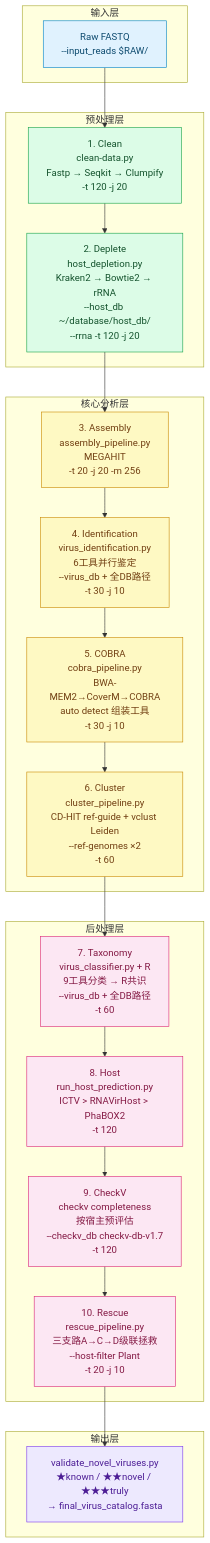
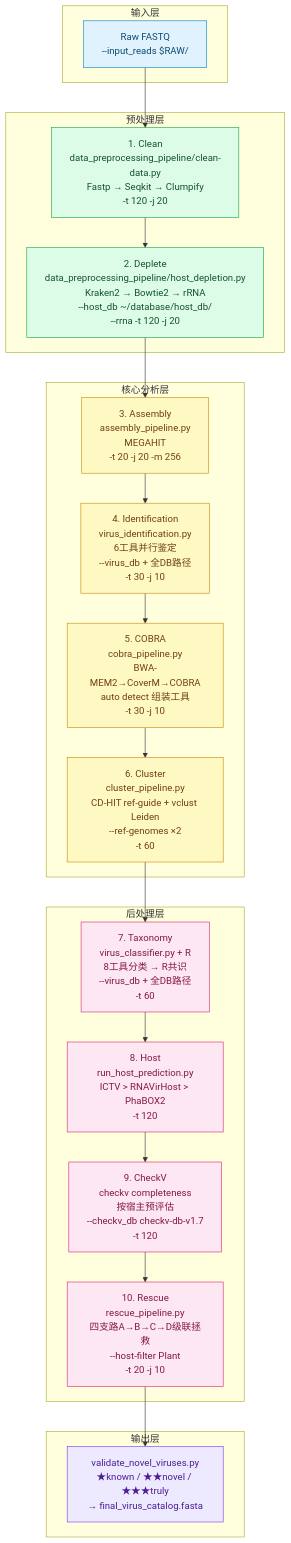
One commit to zhangwenda0518/MMPV-RNA changed the first of 14 diagrams in doc/14-pipeline-diagrams.md. Above: the diagram before and after it, drawn with Mermaid. The commit also changed other lines of this file and 1041 other files, not shown here.

````diff
--- a/doc/14-pipeline-diagrams.md
+++ b/doc/14-pipeline-diagrams.md
@@ -9,47 +9,47 @@
 ```mermaid
 flowchart TB
     accTitle: MMPV-RNA virome_pipeline.py 10阶段全架构
     accDescr: 从 Raw FASTQ 到 HQ vOTU 的 10 阶段端到端流水线架构, 包含数据清洗/去宿主/组装/鉴定/COBRA延伸/聚类/分类/宿主预测/CheckV/拯救
 
     subgraph Input["输入层"]
         RAW["Raw FASTQ<br/>--input_reads $RAW/"]
     end
 
     subgraph Preprocess["预处理层"]
-        CL["1. Clean<br/>clean-data.py<br/>Fastp → Seqkit → Clumpify<br/>-t 120 -j 20"]
-        DP["2. Deplete<br/>host_depletion.py<br/>Kraken2 → Bowtie2 → rRNA<br/>--host_db ~/database/host_db/<br/>--rrna -t 120 -j 20"]
+        CL["1. Clean<br/>data_preprocessing_pipeline/clean-data.py<br/>Fastp → Seqkit → Clumpify<br/>-t 120 -j 20"]
+        DP["2. Deplete<br/>data_preprocessing_pipeline/host_depletion.py<br/>Kraken2 → Bowtie2 → rRNA<br/>--host_db ~/database/host_db/<br/>--rrna -t 120 -j 20"]
     end
 
     subgraph Core["核心分析层"]
         AS["3. Assembly<br/>assembly_pipeline.py<br/>MEGAHIT<br/>-t 20 -j 20 -m 256"]
         ID["4. Identification<br/>virus_identification.py<br/>6工具并行鉴定<br/>--virus_db + 全DB路径<br/>-t 30 -j 10"]
         CO["5. COBRA<br/>cobra_pipeline.py<br/>BWA-MEM2→CoverM→COBRA<br/>auto detect 组装工具<br/>-t 30 -j 10"]
         CLU["6. Cluster<br/>cluster_pipeline.py<br/>CD-HIT ref-guide + vclust Leiden<br/>--ref-genomes ×2<br/>-t 60"]
     end
 
     subgraph Postprocess["后处理层"]
-        TX["7. Taxonomy<br/>virus_classifier.py + R<br/>9工具分类 → R共识<br/>--virus_db + 全DB路径<br/>-t 60"]
+        TX["7. Taxonomy<br/>virus_classifier.py + R<br/>8工具分类 → R共识<br/>--virus_db + 全DB路径<br/>-t 60"]
         HO["8. Host<br/>run_host_prediction.py<br/>ICTV > RNAVirHost > PhaBOX2<br/>-t 120"]
         CV["9. CheckV<br/>checkv completeness<br/>按宿主预评估<br/>--checkv_db checkv-db-v1.7<br/>-t 120"]
-        RE["10. Rescue<br/>rescue_pipeline.py<br/>三支路A→C→D级联拯救<br/>--host-filter Plant<br/>-t 20 -j 10"]
+        RE["10. Rescue<br/>rescue_pipeline.py<br/>四支路A→B→C→D级联拯救<br/>--host-filter Plant<br/>-t 20 -j 10"]
     end
 
     subgraph Output["输出层"]
         VLD["validate_novel_viruses.py<br/>★known / ★★novel / ★★★truly<br/>→ final_virus_catalog.fasta"]
     end
 
     RAW --> CL --> DP --> AS --> ID --> CO --> CLU
     CLU --> TX --> HO --> CV --> RE --> VLD
 
     classDef input fill:#e0f2fe,stroke:#0284c7,color:#0c4a6e
     classDef pre fill:#dcfce7,stroke:#16a34a,color:#14532d
     classDef core fill:#fef9c3,stroke:#ca8a04,color:#713f12
     classDef post fill:#fce7f3,stroke:#db2777,color:#831843
     classDef out fill:#ede9fe,stroke:#7c3aed,color:#4c1d95
 
     class RAW input
     class CL,DP pre
     class AS,ID,CO,CLU core
     class TX,HO,CV,RE post
     class VLD out
 ```
````
